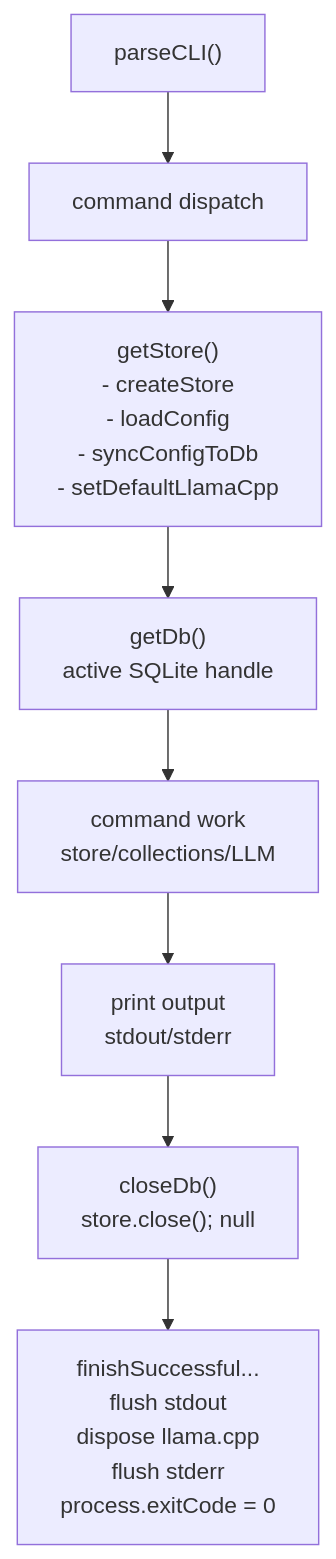
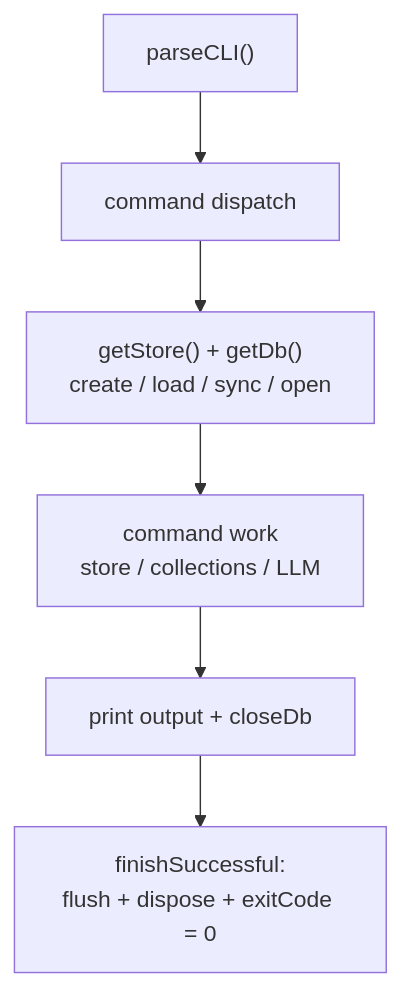
One commit to sagarsrc/qmd-fork changed the third of 3 diagrams in docs/experiments/001-understanding-codebase/workers/cli-explorer/output/diagrams.md. Above: the diagram before and after it, drawn with Mermaid. The commit also changed other lines of this file and 4 other files, not shown here.

First line of the commit message:
docs: compact all mermaid diagrams vertically

````diff
--- a/docs/experiments/001-understanding-codebase/workers/cli-explorer/output/diagrams.md
+++ b/docs/experiments/001-understanding-codebase/workers/cli-explorer/output/diagrams.md
@@ -52,10 +40,8 @@
 ```mermaid
 graph TD
     A["parseCLI()"] --> B["command dispatch"]
-    B --> C["getStore()<br/>- createStore<br/>- loadConfig<br/>- syncConfigToDb<br/>- setDefaultLlamaCpp"]
-    C --> D["getDb()<br/>active SQLite handle"]
-    D --> E["command work<br/>store/collections/LLM"]
-    E --> F["print output<br/>stdout/stderr"]
-    F --> G["closeDb()<br/>store.close(); null"]
-    G --> H["finishSuccessful...<br/>flush stdout<br/>dispose llama.cpp<br/>flush stderr<br/>process.exitCode = 0"]
+    B --> C["getStore() + getDb()<br/>create / load / sync / open"]
+    C --> D["command work<br/>store / collections / LLM"]
+    D --> E["print output + closeDb"]
+    E --> F["finishSuccessful:<br/>flush + dispose + exitCode = 0"]
 ```
````
